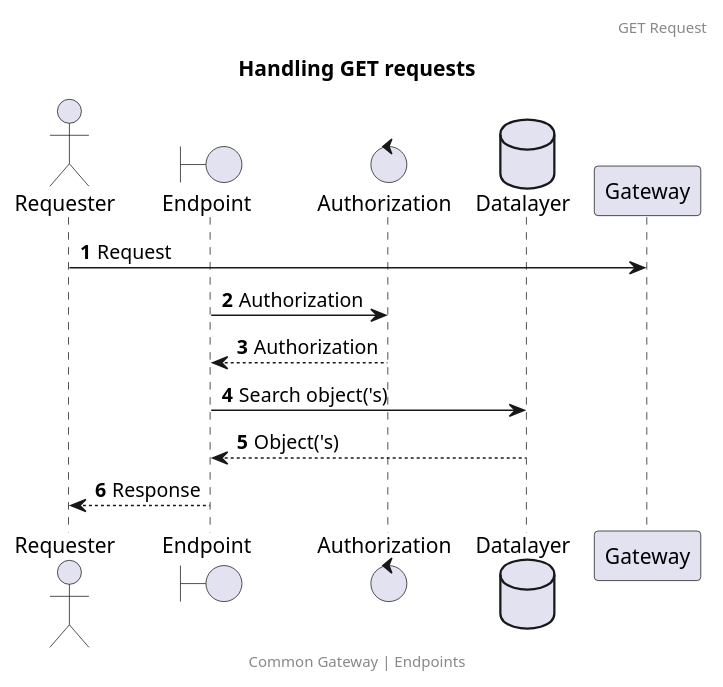
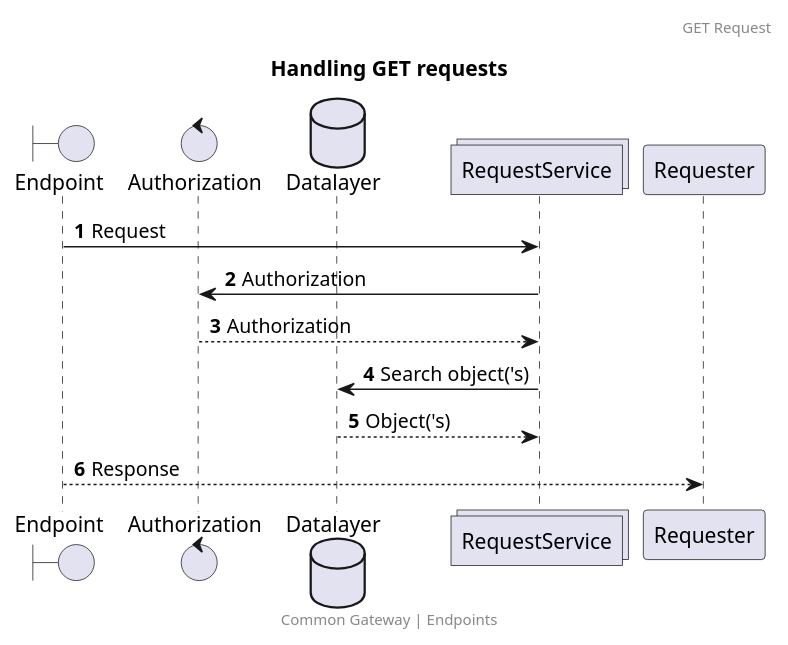
One commit to CommonGateway/CoreBundle changed the diagram in docs/features/request_get.puml. Above: the diagram before and after it, drawn with PlantUML. The commit also changed 7 other files, not shown here.

Commit message:
Add proxy and throw sequence diagrams

```diff
--- a/docs/features/request_get.puml
+++ b/docs/features/request_get.puml
@@ -1,19 +1,18 @@
 @startuml
 title: Handling GET requests
 footer: Common Gateway | Endpoints
 header: GET Request
-
 autonumber
 
-actor       Requester        as Requester
 boundary    Endpoint         as Endpoint
 control     Authorization    as Authorization
 database    Datalayer        as Datalayer
+collections RequestService   as RequestService
 
-Requester -> Gateway: Request
-Endpoint -> Authorization  : Authorization
-Authorization --> Endpoint  : Authorization
-Endpoint -> Datalayer : Search object('s)
-Datalayer --> Endpoint: Object('s)
+Endpoint -> RequestService: Request
+RequestService -> Authorization  : Authorization
+Authorization --> RequestService  : Authorization
+RequestService -> Datalayer : Search object('s)
+Datalayer --> RequestService: Object('s)
 Endpoint --> Requester: Response
 @enduml
```
